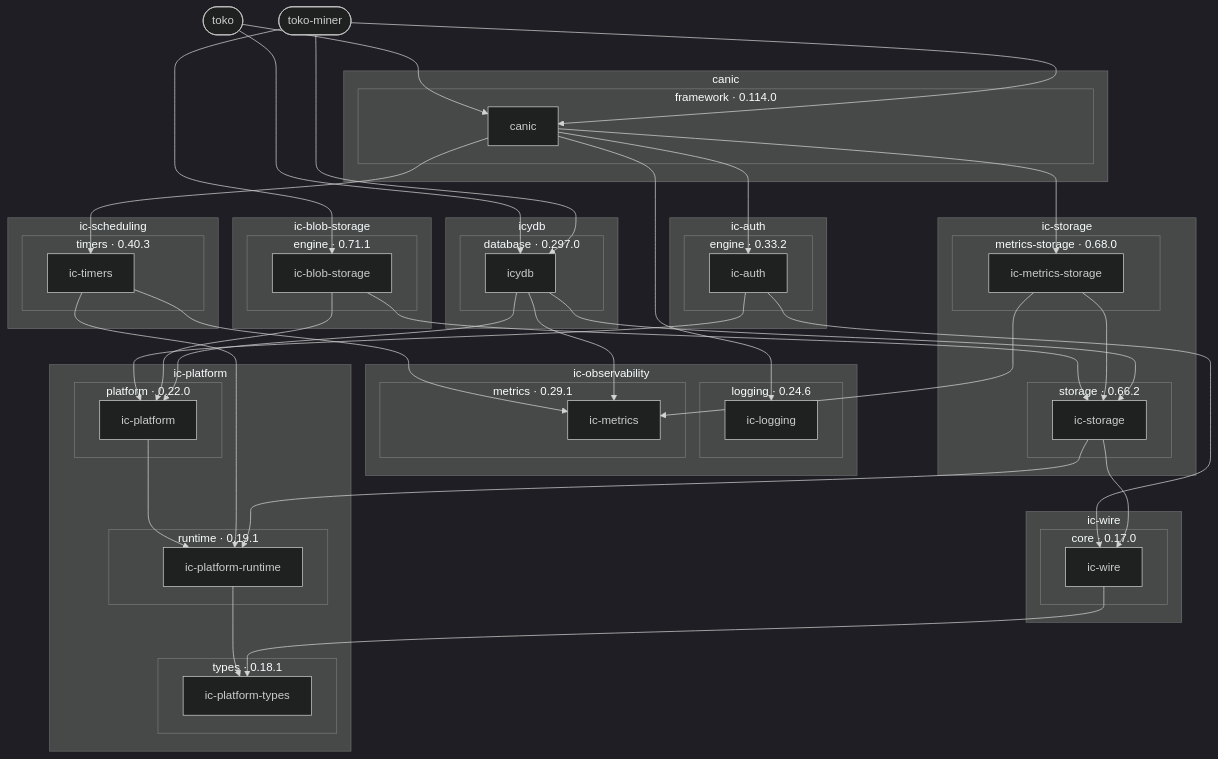
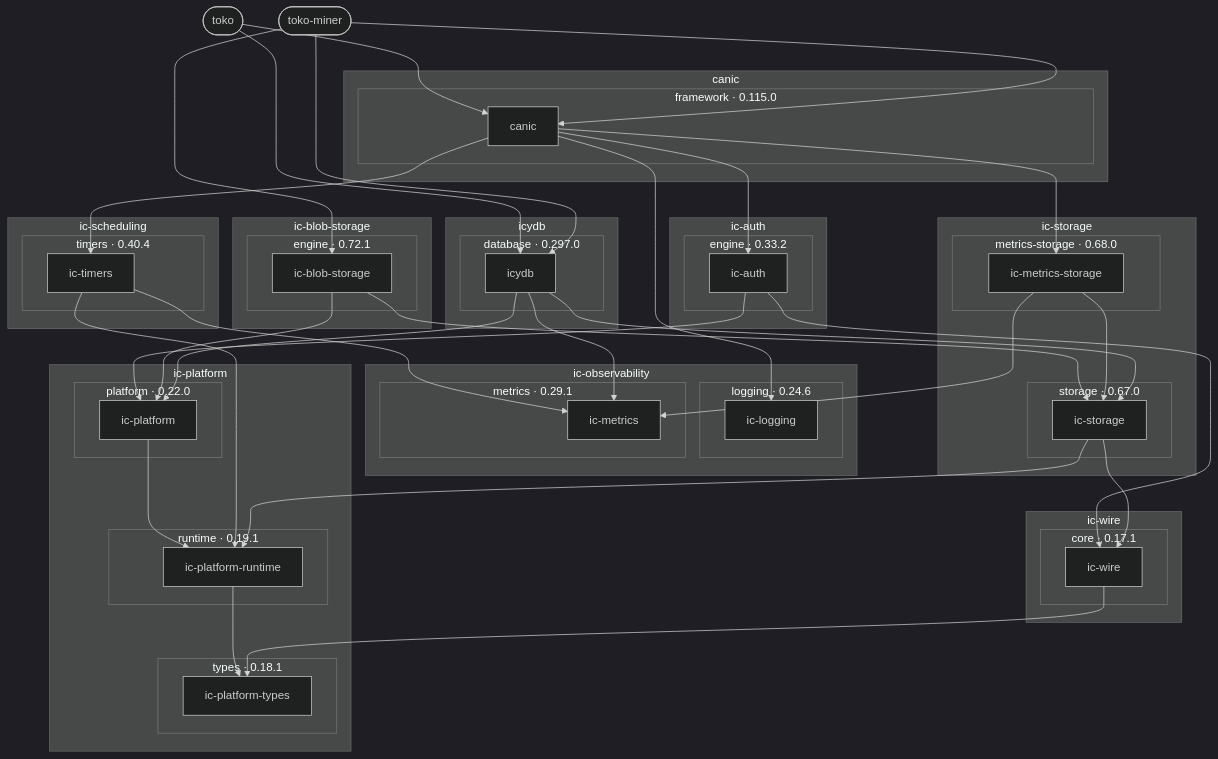
Before and after one commit to dragginzgame/shared-tooling: the diagram in README.md, drawn with Mermaid (dark theme). The commit also changed other lines of this file and 23 other files, not shown here.

```diff
--- a/README.md
+++ b/README.md
@@ -37,7 +37,7 @@
     p_app_3atoko(["toko"])
     p_app_3atoko_2dminer(["toko-miner"])
     subgraph p_repo_3acanic["canic"]
-        subgraph p_group_3acanic_7cframework["framework · 0.114.0"]
+        subgraph p_group_3acanic_7cframework["framework · 0.115.0"]
             p_canic_7ccargo_3acanic["canic"]
         end
     end
@@ -47,7 +47,7 @@
         end
     end
     subgraph p_repo_3aic_2dblob_2dstorage["ic-blob-storage"]
-        subgraph p_group_3aic_2dblob_2dstorage_7cengine["engine · 0.71.1"]
+        subgraph p_group_3aic_2dblob_2dstorage_7cengine["engine · 0.72.1"]
             p_ic_2dblob_2dstorage_7ccargo_3aic_2dblob_2dstorage["ic-blob-storage"]
         end
     end
@@ -71,7 +71,7 @@
         end
     end
     subgraph p_repo_3aic_2dscheduling["ic-scheduling"]
-        subgraph p_group_3aic_2dscheduling_7ctimers["timers · 0.40.3"]
+        subgraph p_group_3aic_2dscheduling_7ctimers["timers · 0.40.4"]
             p_ic_2dscheduling_7ccargo_3aic_2dtimers["ic-timers"]
         end
     end
@@ -79,12 +79,12 @@
         subgraph p_group_3aic_2dstorage_7cmetrics_2dstorage["metrics-storage · 0.68.0"]
             p_ic_2dstorage_7ccargo_3aic_2dmetrics_2dstorage["ic-metrics-storage"]
         end
-        subgraph p_group_3aic_2dstorage_7cstorage["storage · 0.66.2"]
+        subgraph p_group_3aic_2dstorage_7cstorage["storage · 0.67.0"]
             p_ic_2dstorage_7ccargo_3aic_2dstorage["ic-storage"]
         end
     end
     subgraph p_repo_3aic_2dwire["ic-wire"]
-        subgraph p_group_3aic_2dwire_7ccore["core · 0.17.0"]
+        subgraph p_group_3aic_2dwire_7ccore["core · 0.17.1"]
             p_ic_2dwire_7ccargo_3aic_2dwire["ic-wire"]
         end
     end
```
